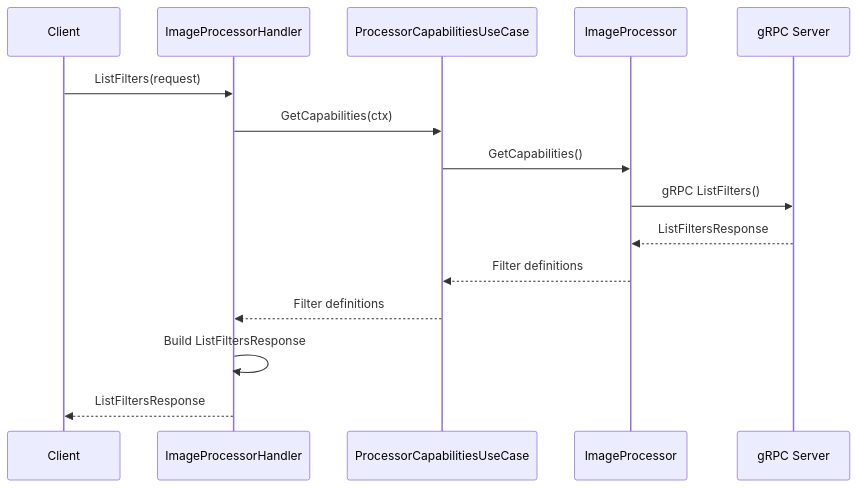
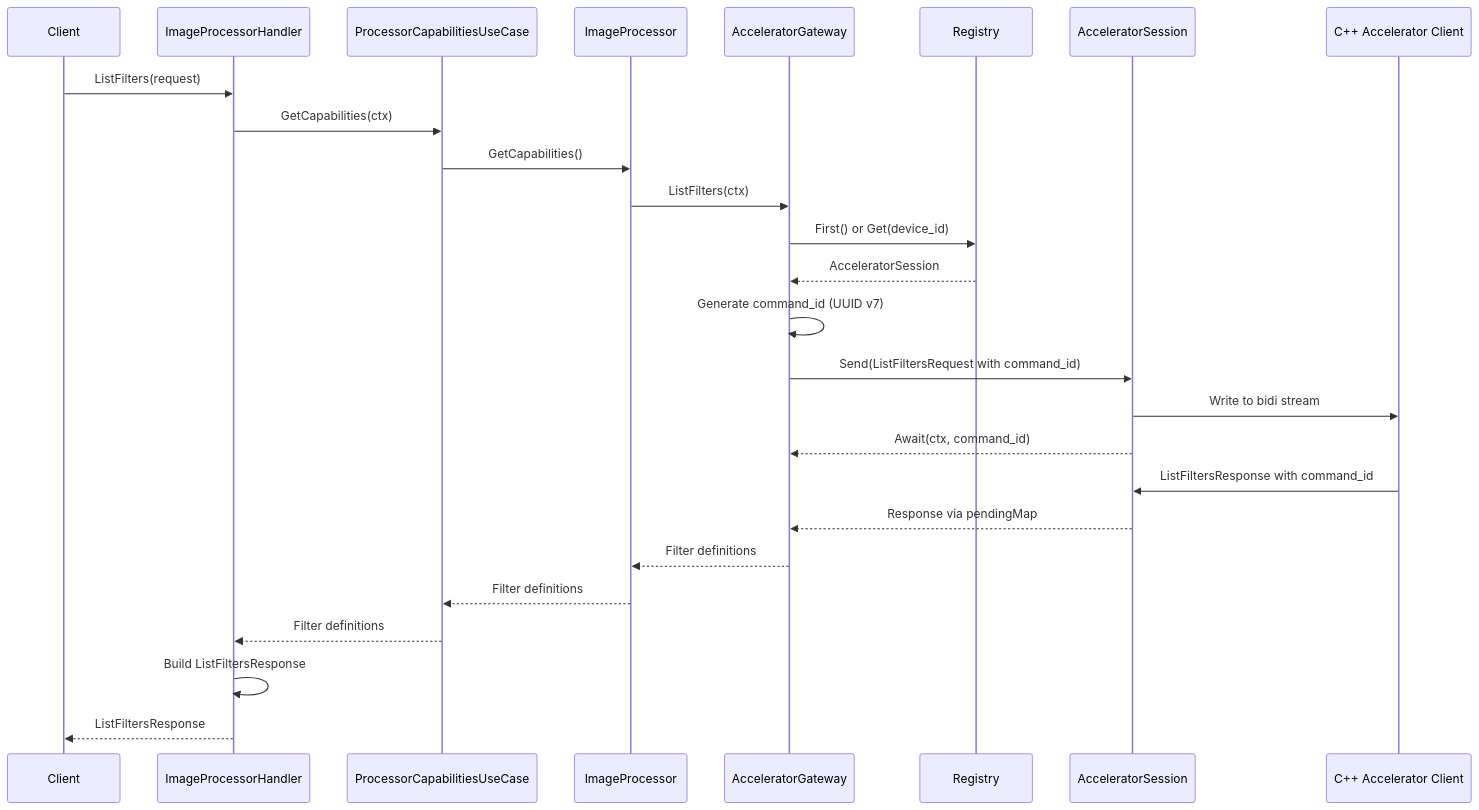
Before and after one commit to josnelihurt/learning-cuda: the fourth of 10 diagrams in src/go_api/README.md, drawn with Mermaid. The commit also changed other lines of this file and 2 other files, not shown here.

Commit message:
docs: documentation update for the new communication schema

````diff
--- a/src/go_api/README.md
+++ b/src/go_api/README.md
@@ -380,18 +423,32 @@
 ```mermaid
 sequenceDiagram
     participant Client as Client
     participant Handler as ImageProcessorHandler
     participant CapabilitiesUC as ProcessorCapabilitiesUseCase
     participant Processor as ImageProcessor
-    participant GRPCServer as gRPC Server
+    participant Gateway as AcceleratorGateway
+    participant Registry as Registry
+    participant Session as AcceleratorSession
+    participant CppClient as C++ Accelerator Client
     
     Client->>Handler: ListFilters(request)
     Handler->>CapabilitiesUC: GetCapabilities(ctx)
     CapabilitiesUC->>Processor: GetCapabilities()
-    Processor->>GRPCServer: gRPC ListFilters()
-    GRPCServer-->>Processor: ListFiltersResponse
+    
+    Processor->>Gateway: ListFilters(ctx)
+    Gateway->>Registry: First() or Get(device_id)
+    Registry-->>Gateway: AcceleratorSession
+    
+    Gateway->>Gateway: Generate command_id (UUID v7)
+    Gateway->>Session: Send(ListFiltersRequest with command_id)
+    Session->>CppClient: Write to bidi stream
+    Session-->>Gateway: Await(ctx, command_id)
+    CppClient->>Session: ListFiltersResponse with command_id
+    Session-->>Gateway: Response via pendingMap
+    
+    Gateway-->>Processor: Filter definitions
     Processor-->>CapabilitiesUC: Filter definitions
     CapabilitiesUC-->>Handler: Filter definitions
     Handler->>Handler: Build ListFiltersResponse
     Handler-->>Client: ListFiltersResponse
 ```
````
